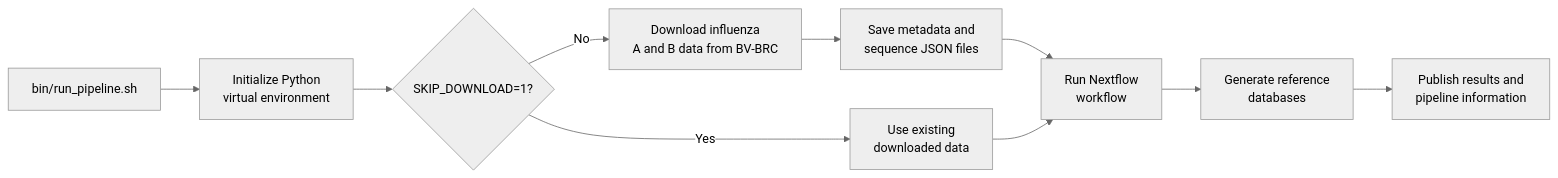
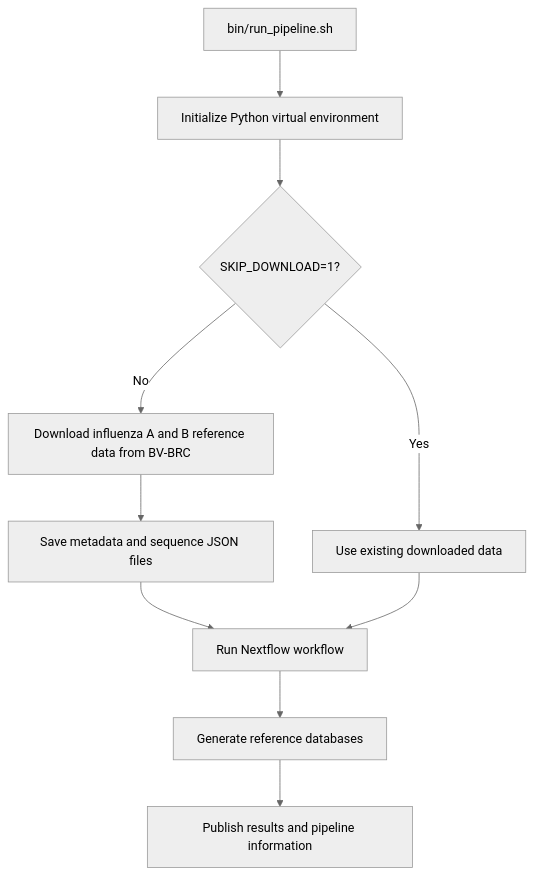
Before and after one commit to xiaoli-dong/fluab-reference-db: the diagram in README.md, drawn with Mermaid (neutral theme).

Commit message:
Update flowchart format in README.md

````diff
--- a/README.md
+++ b/README.md
@@ -25,12 +25,16 @@
 ```mermaid
-flowchart LR
-    A["bin/run_pipeline.sh"] --> B["Initialize Python<br> virtual environment"]
+%%{init: {"flowchart": {"wrappingWidth": 280, "nodeSpacing": 50, "rankSpacing": 60}}}%%
+flowchart TD
+    A["bin/run_pipeline.sh"] --> B["Initialize Python virtual environment"]
     B --> C{"SKIP_DOWNLOAD=1?"}
-    C -->|No| D["Download influenza <br>A and B data from BV-BRC"]
-    C -->|Yes| F["Use existing <br>downloaded data"]
-    D --> E["Save metadata and <br>sequence JSON files"]
-    E --> G["Run Nextflow <br>workflow"]
+
+    C -->|No| D["Download influenza A and B reference data from BV-BRC"]
+    C -->|Yes| F["Use existing downloaded data"]
+
+    D --> E["Save metadata and sequence JSON files"]
+    E --> G["Run Nextflow workflow"]
     F --> G
-    G --> H["Generate reference<br> databases"]
-    H --> I["Publish results and <br>pipeline information"]
+
+    G --> H["Generate reference databases"]
+    H --> I["Publish results and pipeline information"]
 ```
````
